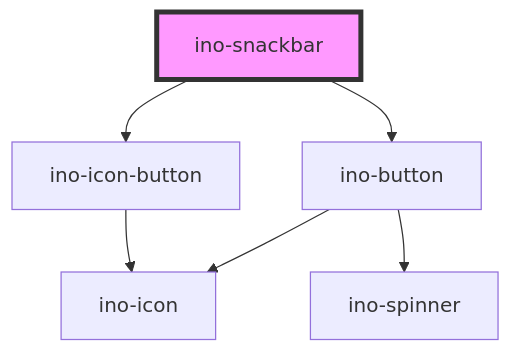
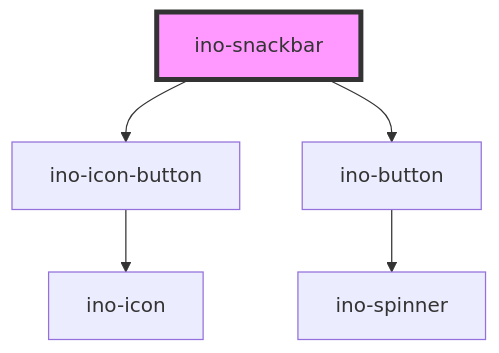
Before and after one commit to inovex/elements: the diagram in packages/elements/src/components/ino-snackbar/readme.md, drawn with Mermaid. The commit also changed 6 other files, not shown here.

Commit message:
refactor(elements|ino-button): add ino-icon slot

````diff
--- a/packages/elements/src/components/ino-snackbar/readme.md
+++ b/packages/elements/src/components/ino-snackbar/readme.md
@@ -128,9 +128,8 @@
 ```mermaid
 graph TD;
   ino-snackbar --> ino-icon-button
   ino-snackbar --> ino-button
   ino-icon-button --> ino-icon
-  ino-button --> ino-icon
   ino-button --> ino-spinner
   style ino-snackbar fill:#f9f,stroke:#333,stroke-width:4px
 ```
````
